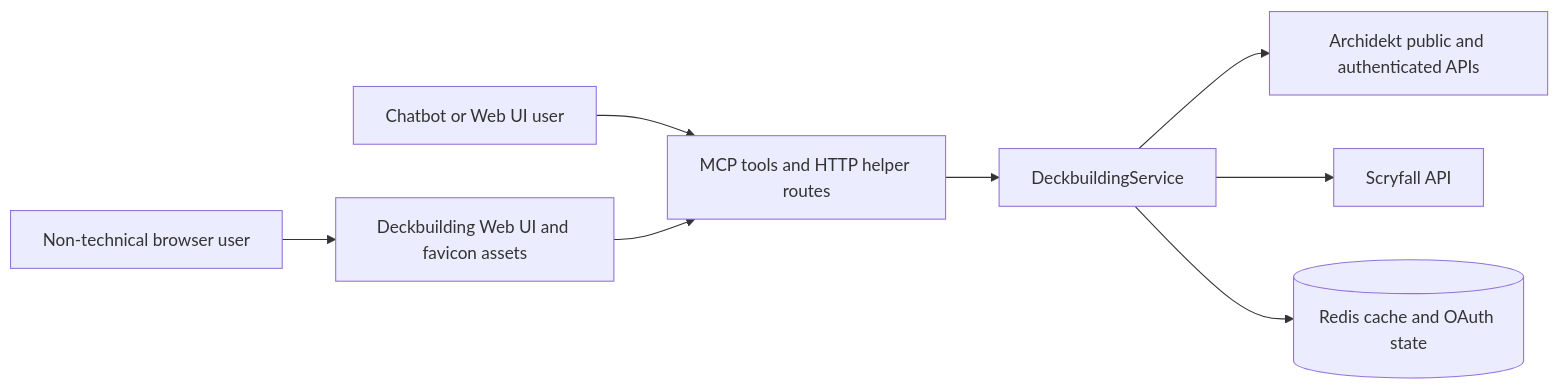
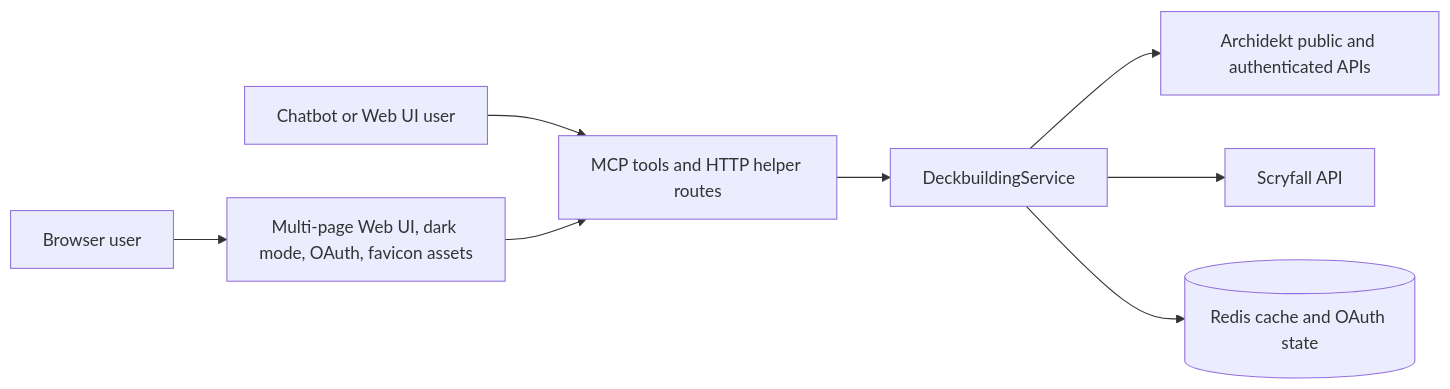
Before and after one commit to dnviti/archidekt-mcp-server: the diagram in docs/index.md, drawn with Mermaid. The commit also changed other lines of this file and 22 other files, not shown here.

````diff
--- a/docs/index.md
+++ b/docs/index.md
@@ -88,10 +97,10 @@
 ```mermaid
 flowchart LR
     User[Chatbot or Web UI user] --> MCP[MCP tools and HTTP helper routes]
-    Browser[Non-technical browser user] --> UI[Deckbuilding Web UI and favicon assets]
+    Browser[Browser user] --> UI[Multi-page Web UI, dark mode, OAuth, favicon assets]
     UI --> MCP
     MCP --> Service[DeckbuildingService]
     Service --> Archidekt[Archidekt public and authenticated APIs]
     Service --> Scryfall[Scryfall API]
     Service --> Redis[(Redis cache and OAuth state)]
 ```
````
